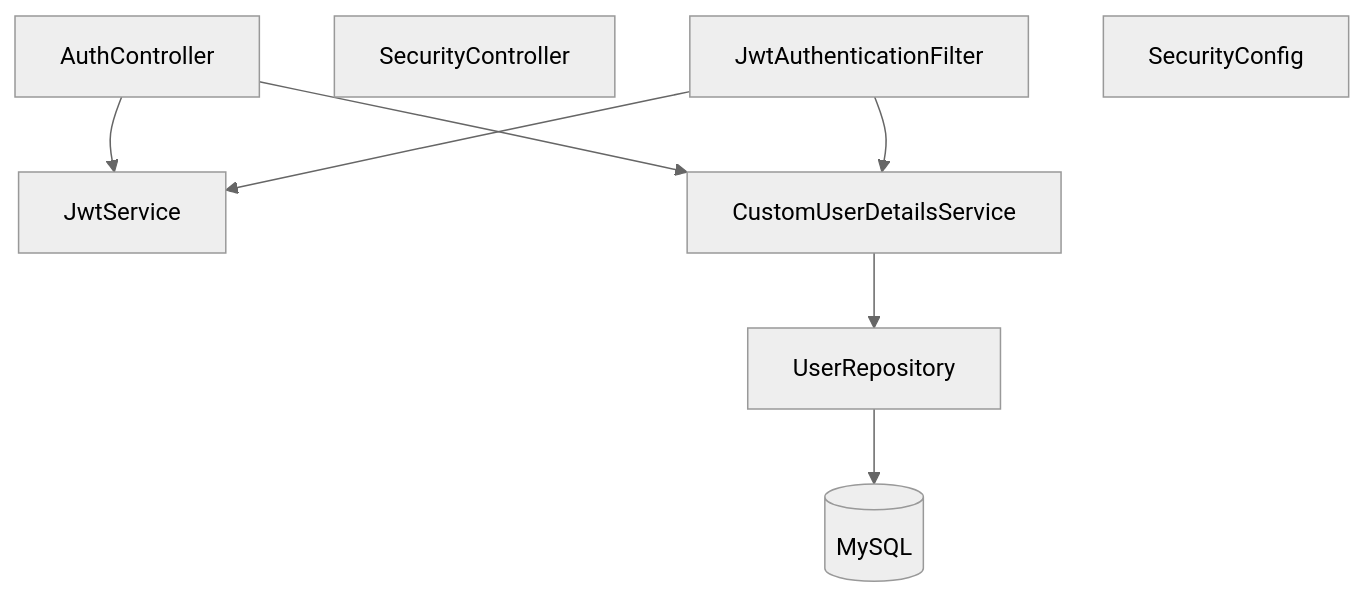
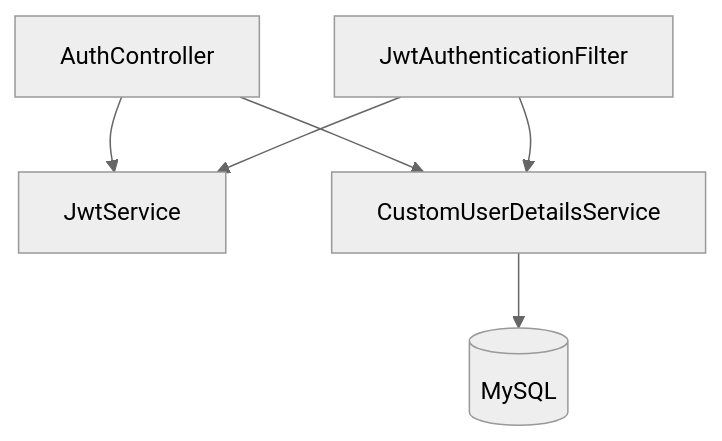
The fourth of 7 diagrams in README.md (malcolm-cephas/Medical-IoT), drawn with Mermaid (neutral theme) before and after one commit. The commit also changed other lines of this file and 21 other files, not shown here.

````diff
--- a/README.md
+++ b/README.md
@@ -369,25 +117,8 @@
 ```mermaid
 flowchart TD
-
-AuthController
-SecurityController
-
-JwtAuthenticationFilter
-JwtService
-CustomUserDetailsService
-SecurityConfig
-
-UserRepository
-
-MySQL[(MySQL)]
-
-AuthController --> JwtService
-AuthController --> CustomUserDetailsService
-
-JwtAuthenticationFilter --> JwtService
-JwtAuthenticationFilter --> CustomUserDetailsService
-
-CustomUserDetailsService --> UserRepository
-
-UserRepository --> MySQL
+    AuthController --> JwtService
+    AuthController --> CustomUserDetailsService
+    JwtAuthenticationFilter --> JwtService
+    JwtAuthenticationFilter --> CustomUserDetailsService
+    CustomUserDetailsService --> UserRepository[(MySQL)]
 ```
````
